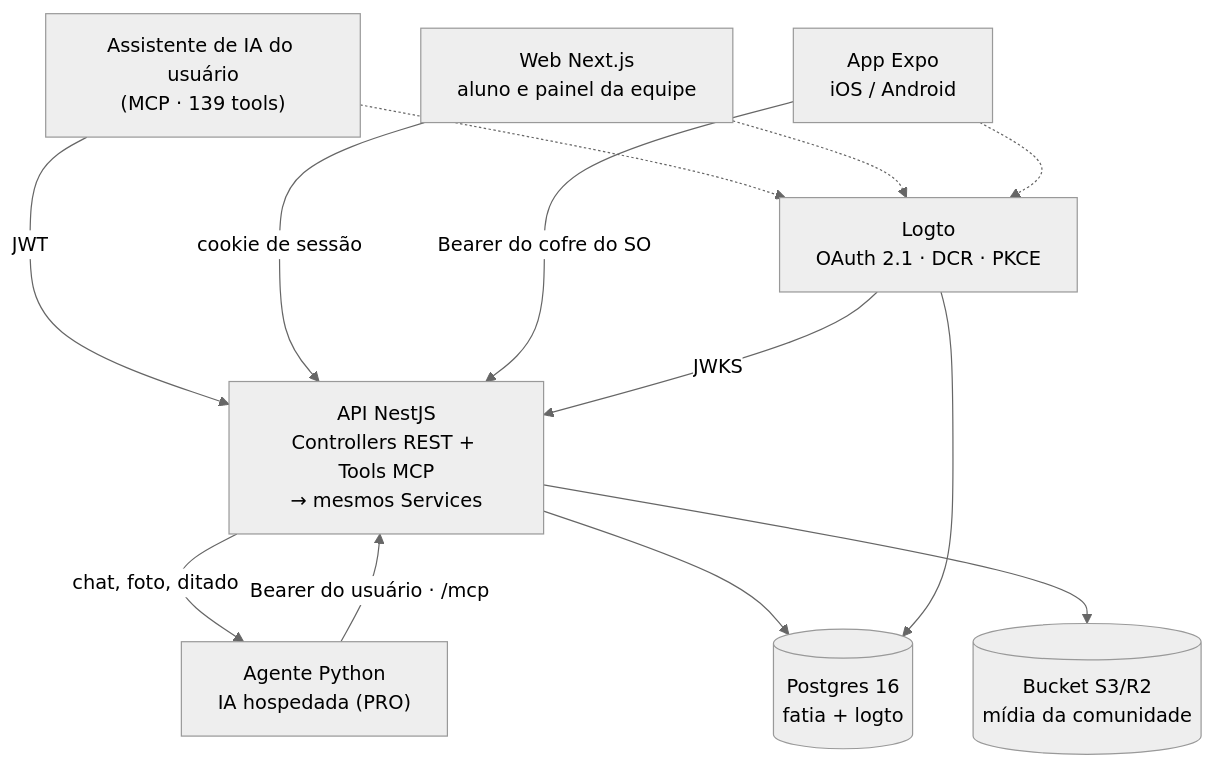
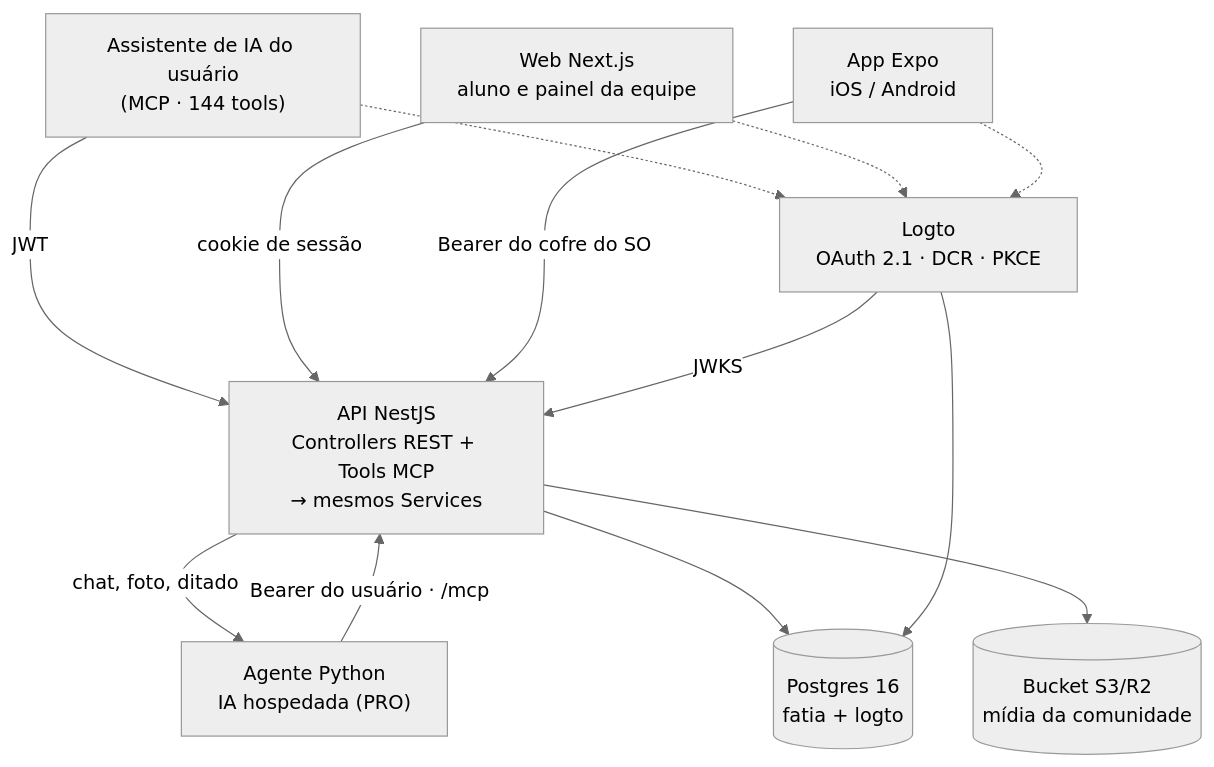
One commit to ThiagoCarreiraVallim/fatia changed the diagram in README.md. Above: the diagram before and after it, drawn with Mermaid (neutral theme). The commit also changed other lines of this file and 23 other files, not shown here.

````diff
--- a/README.md
+++ b/README.md
@@ -33,24 +33,24 @@
 ```mermaid
 flowchart TD
-    claude["Assistente de IA do usuário<br/>(MCP · 139 tools)"]
+    claude["Assistente de IA do usuário<br/>(MCP · 144 tools)"]
     pwa["Web Next.js<br/>aluno e painel da equipe"]
     mobile["App Expo<br/>iOS / Android"]
     agent["Agente Python<br/>IA hospedada (PRO)"]
     logto["Logto<br/>OAuth 2.1 · DCR · PKCE"]
     api["API NestJS<br/>Controllers REST + Tools MCP<br/>→ mesmos Services"]
     pg[("Postgres 16<br/>fatia + logto")]
     s3[("Bucket S3/R2<br/>mídia da comunidade")]
 
     claude -- "JWT" --> api
     pwa -- "cookie de sessão" --> api
     mobile -- "Bearer do cofre do SO" --> api
     api -- "chat, foto, ditado" --> agent
     agent -- "Bearer do usuário · /mcp" --> api
     claude -.-> logto
     pwa -.-> logto
     mobile -.-> logto
     logto -- "JWKS" --> api
     api --> pg
     api --> s3
     logto --> pg
 ```
````
